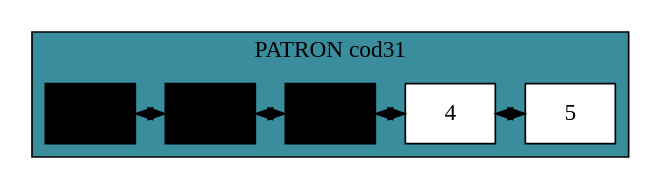
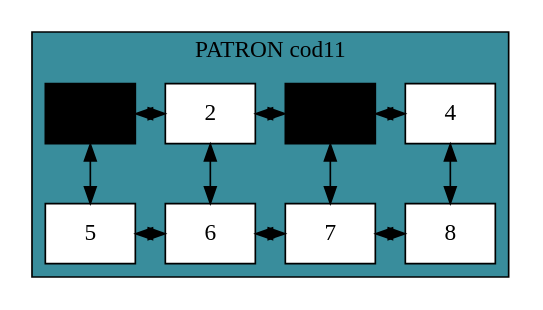
The diagram in patron_final.dot (YeniferYoc/IPC2_Proyecto1_201952336), drawn with Graphviz before and after one commit. The commit also changed 22 other files, not shown here.

```diff
--- a/patron_final.dot
+++ b/patron_final.dot
@@ -1,1 +1,1 @@
-digraph L{node[shape = box fillcolor = "#FFEDBB" style  = filled]subgraph cluster_p{label= "PATRON cod31"bgcolor = "#398D9C"edge [dir = "both"]celda1[label= "1", fillcolor =black, group = 2 ];celda2[label= "2", fillcolor =black, group = 2 ];celda3[label= "3", fillcolor =black, group = 2 ];celda4[label= "4", fillcolor =white, group = 2 ];celda5[label= "5", fillcolor =white, group = 2 ];celda1->celda2;celda2->celda3;celda3->celda4;celda4->celda5;{rank = same;celda1;celda2;celda3;celda4;celda5;}}}
+digraph L{node[shape = box fillcolor = "#FFEDBB" style  = filled]subgraph cluster_p{label= "PATRON cod11"bgcolor = "#398D9C"edge [dir = "both"]celda1[label= "1", fillcolor =black, group = 2 ];celda2[label= "2", fillcolor =white, group = 2 ];celda3[label= "3", fillcolor =black, group = 2 ];celda4[label= "4", fillcolor =white, group = 2 ];celda5[label= "5", fillcolor =white, group = 2 ];celda6[label= "6", fillcolor =white, group = 2 ];celda7[label= "7", fillcolor =white, group = 2 ];celda8[label= "8", fillcolor =white, group = 2 ];celda1->celda2;celda2->celda3;celda3->celda4;celda5->celda6;celda6->celda7;celda7->celda8;{rank = same;celda1;celda2;celda3;celda4;}{rank = same;celda5;celda6;celda7;celda8;}celda1->celda5;celda2->celda6;celda3->celda7;celda4->celda8;}}
```
